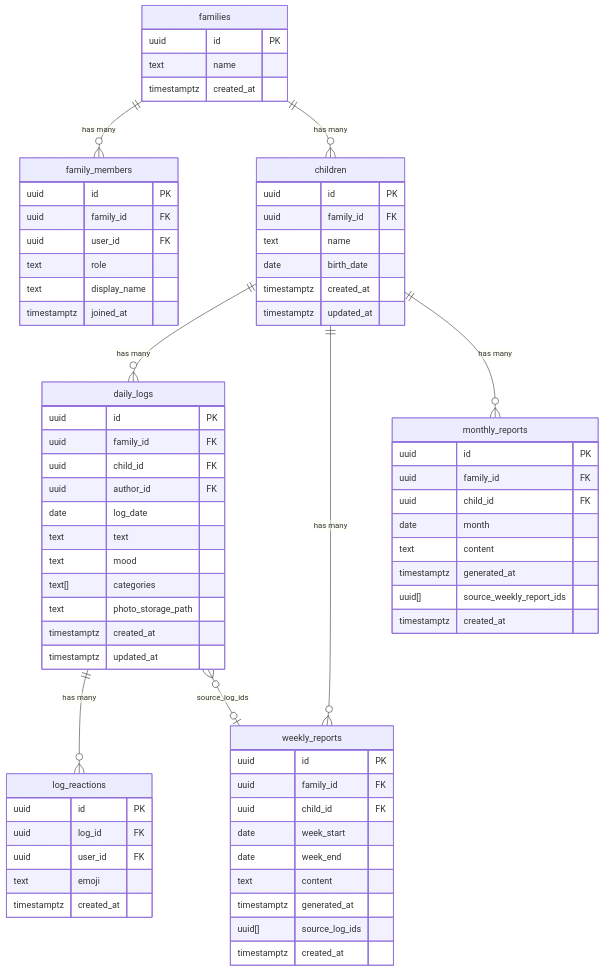
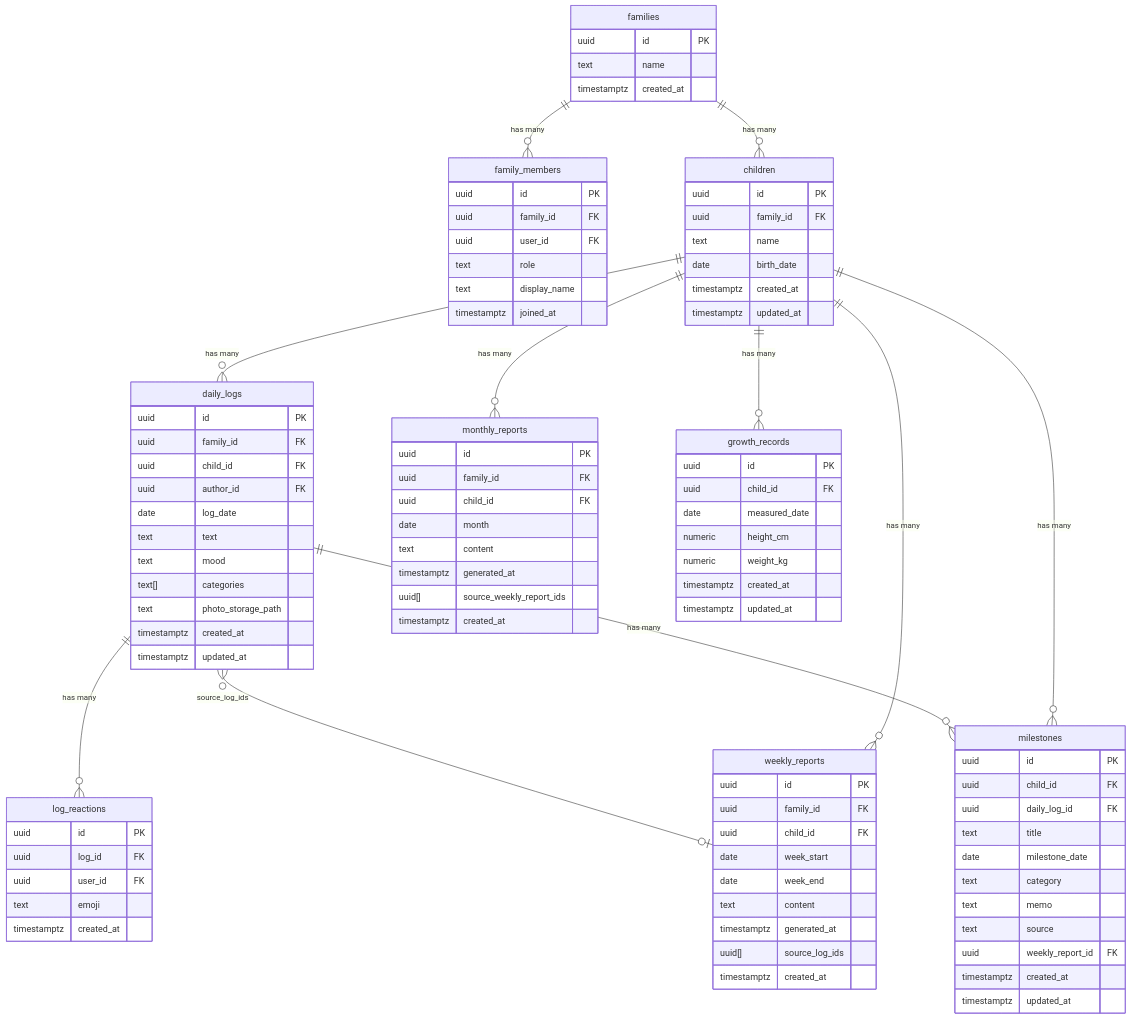
The second of 4 diagrams in docs/functional-design.md (Hiroaki0117/baby-weekly-letter), drawn with Mermaid before and after one commit. The commit also changed other lines of this file, not shown here.

First line of the commit message:
docs: functional-design.mdにgrowth_records・milestonesテーブルを追加

````diff
--- a/docs/functional-design.md
+++ b/docs/functional-design.md
@@ -42,7 +42,10 @@
     children ||--o{ daily_logs : "has many"
     children ||--o{ weekly_reports : "has many"
     children ||--o{ monthly_reports : "has many"
+    children ||--o{ growth_records : "has many"
+    children ||--o{ milestones : "has many"
     daily_logs ||--o{ log_reactions : "has many"
+    daily_logs ||--o{ milestones : "has many"
     daily_logs }o--o| weekly_reports : "source_log_ids"
 
     families {
@@ -113,4 +116,28 @@
         text emoji
         timestamptz created_at
     }
+
+    growth_records {
+        uuid id PK
+        uuid child_id FK
+        date measured_date
+        numeric height_cm
+        numeric weight_kg
+        timestamptz created_at
+        timestamptz updated_at
+    }
+
+    milestones {
+        uuid id PK
+        uuid child_id FK
+        uuid daily_log_id FK
+        text title
+        date milestone_date
+        text category
+        text memo
+        text source
+        uuid weekly_report_id FK
+        timestamptz created_at
+        timestamptz updated_at
+    }
 ```
````
